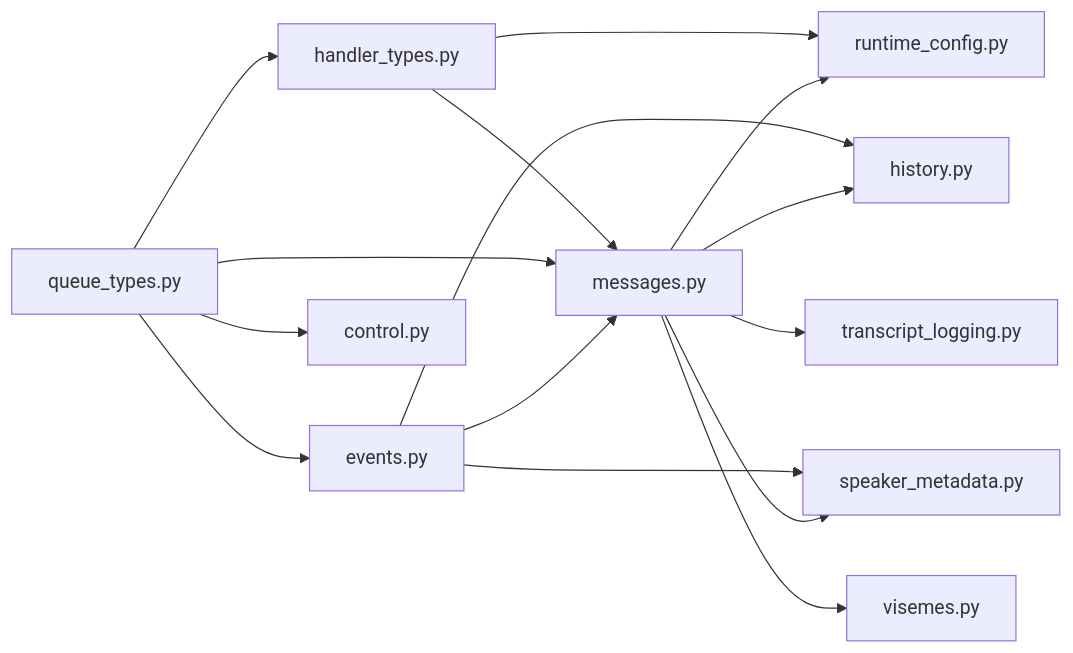
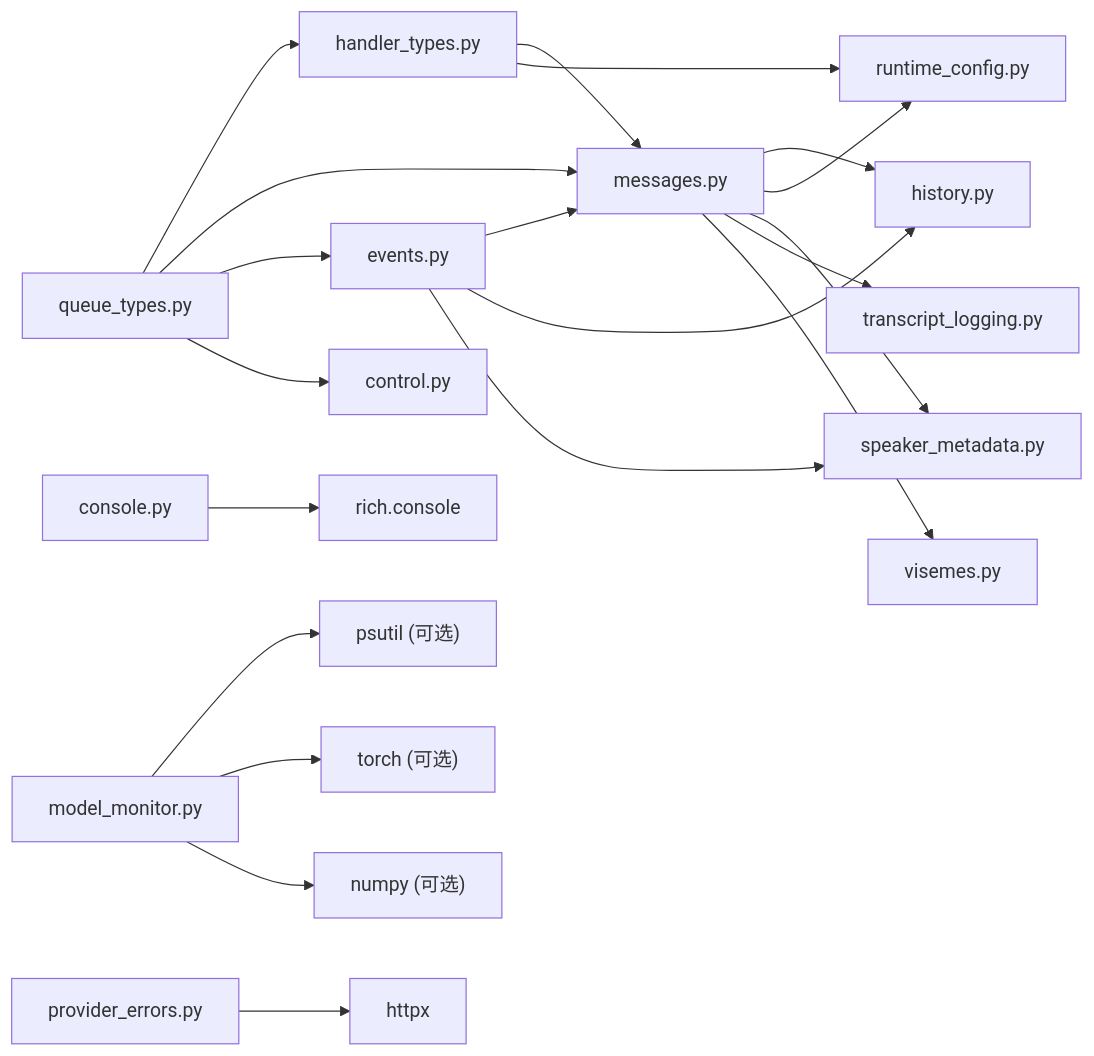
One commit to joezxh/speech-to-speech changed diagram 14 of 14 in .qoder/repowiki/zh/content/管道和事件系统/管道和事件系统.md. Above: the diagram before and after it, drawn with Mermaid. The commit also changed other lines of this file and 1743 other files, not shown here.

````diff
--- a/.qoder/repowiki/zh/content/管道和事件系统/管道和事件系统.md
+++ b/.qoder/repowiki/zh/content/管道和事件系统/管道和事件系统.md
@@ -663,17 +805,22 @@
 ```mermaid
 graph LR
 Messages["messages.py"] --> History["history.py"]
 Messages --> Runtime["runtime_config.py"]
 Messages --> Speaker["speaker_metadata.py"]
 Messages --> Transcript["transcript_logging.py"]
 Messages --> Visemes["visemes.py"]
 Events["events.py"] --> Messages
 Events --> History
 Events --> Speaker
 QueueTypes["queue_types.py"] --> HandlerTypes["handler_types.py"]
 QueueTypes --> Messages
 QueueTypes --> Events
 QueueTypes --> Control["control.py"]
 HandlerTypes --> Messages
 HandlerTypes --> Runtime
+Console["console.py"] --> Rich["rich.console"]
+ModelMonitor["model_monitor.py"] --> Psutil["psutil (可选)"]
+ModelMonitor --> Torch["torch (可选)"]
+ModelMonitor --> Numpy["numpy (可选)"]
+ProviderErrors["provider_errors.py"] --> Httpx["httpx"]
 ```
````
